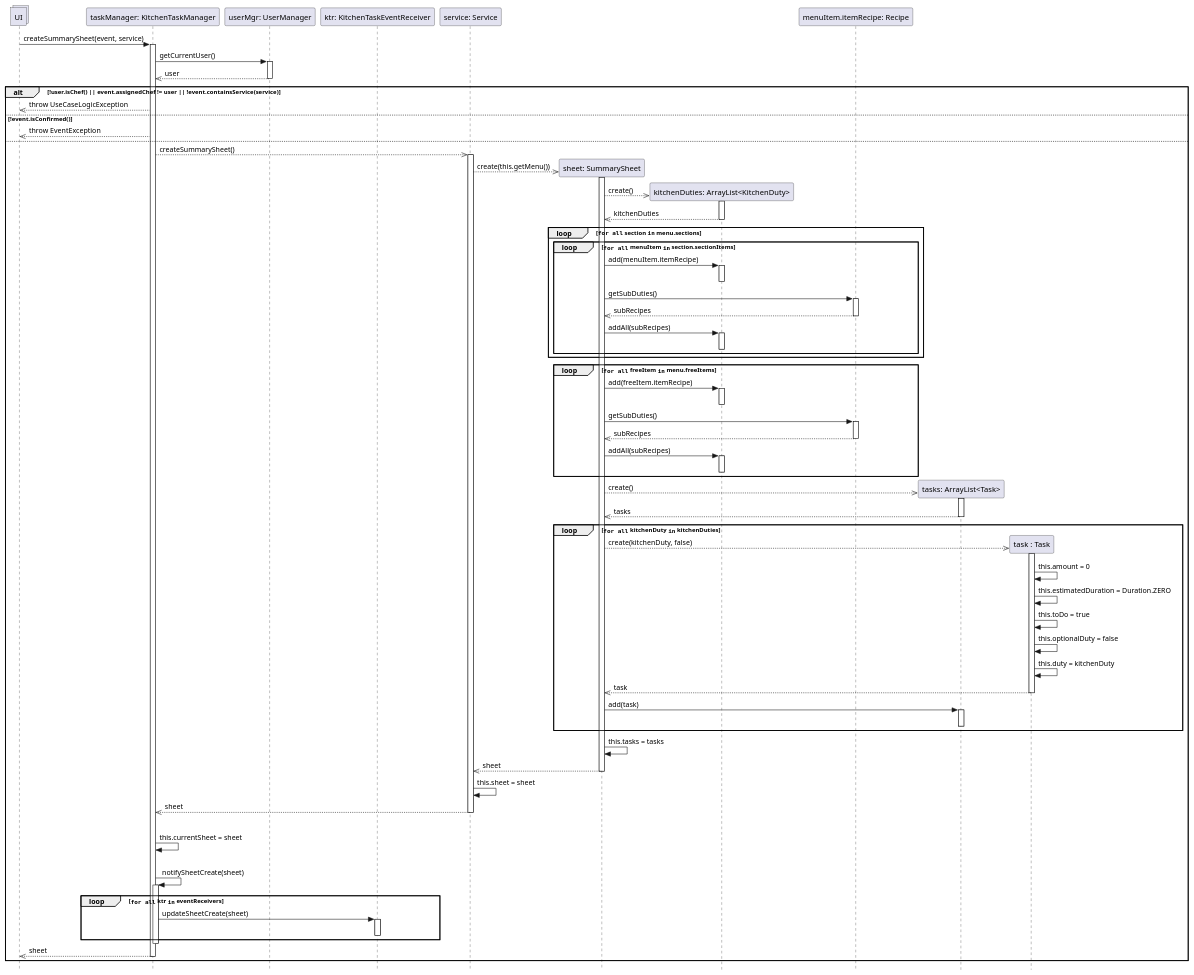
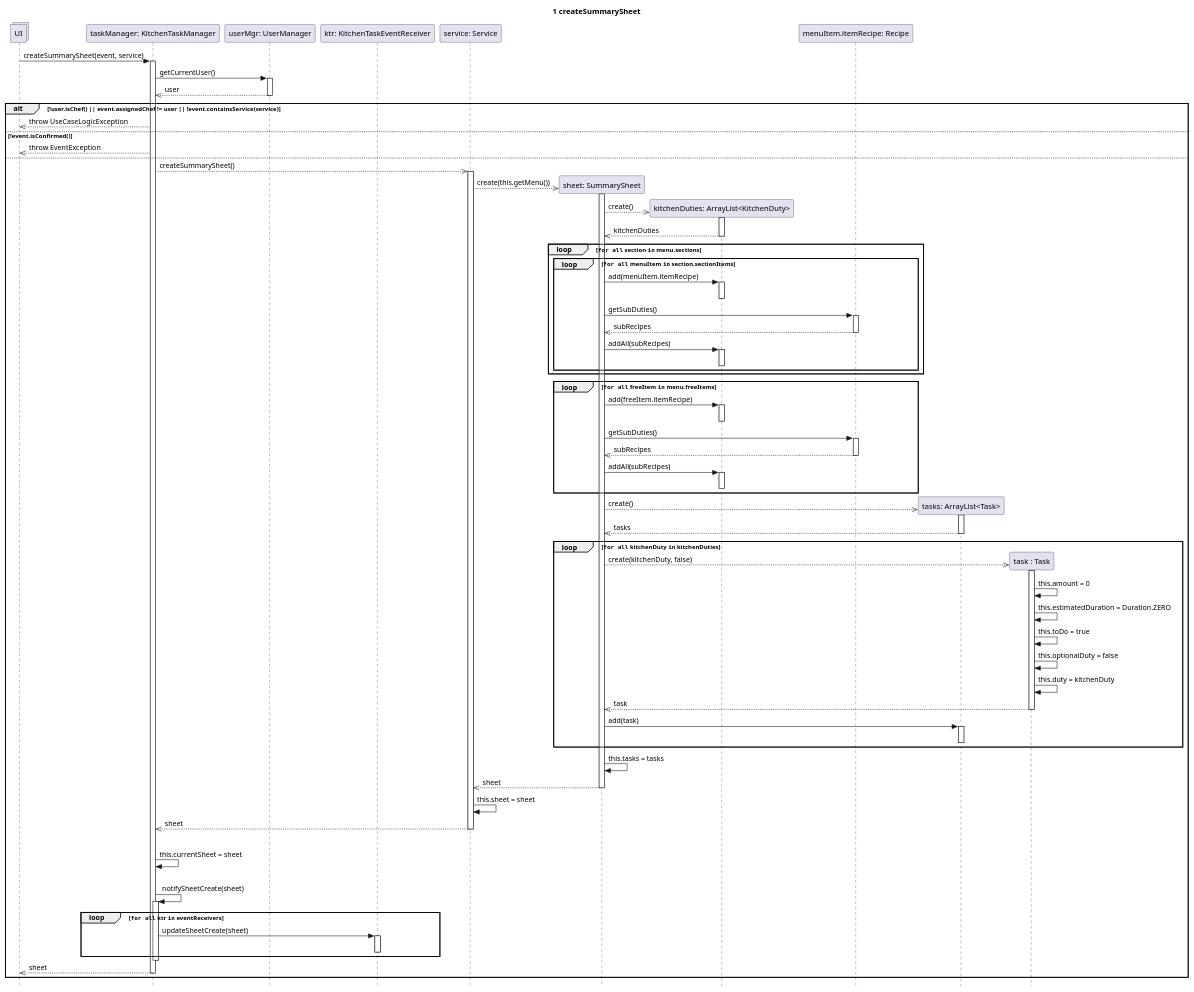
One commit to stefa168/sas-project changed the diagram in UP/Progettazione/UC Gestire Compiti Cucina/DSD/DSD Operazione 1.puml. Above: the diagram before and after it, drawn with PlantUML. The commit also changed 5 other files, not shown here.

```diff
--- a/UP/Progettazione/UC Gestire Compiti Cucina/DSD/DSD Operazione 1.puml
+++ b/UP/Progettazione/UC Gestire Compiti Cucina/DSD/DSD Operazione 1.puml
@@ -1,118 +1,120 @@
 @startuml Operazione 1
 skinparam Style strictuml
+
+title 1 createSummarySheet
 
 collections UI
 
 participant "taskManager: KitchenTaskManager" as tm
 UI -> tm: createSummarySheet(event, service)
 activate tm
 
 participant "userMgr: UserManager" as um
 participant "ktr: KitchenTaskEventReceiver" as ktr
 participant "service: Service" as service
 tm -> um: getCurrentUser()
 activate um
 tm <<-- um: user
 deactivate um
 
 alt !user.isChef() || event.assignedChef != user || !event.containsService(service)
     UI <<-- tm: throw UseCaseLogicException
 else !event.isConfirmed()
     UI <<-- tm: throw EventException
 else
     participant "sheet: SummarySheet" as ss
     tm -->> service: createSummarySheet()
     activate service
 
         service -->>ss**: create(this.getMenu())
         activate ss
 
             participant "kitchenDuties: ArrayList<KitchenDuty>" as kdList
             ss -->> kdList**: create()
             activate kdList
                 return kitchenDuties
             deactivate kdList
     
             loop ""for all"" section ""in"" menu.sections
                 loop ""for all"" menuItem ""in"" section.sectionItems
                     ss -> kdList: add(menuItem.itemRecipe)
                     activate kdList
                     deactivate kdList
             
                     participant "menuItem.itemRecipe: Recipe" as recipe
                     ss -> recipe: getSubDuties()
                     activate recipe
                         ss <<-- recipe: subRecipes
                     deactivate recipe
 
                     ss -> kdList: addAll(subRecipes)
                     activate kdList
                     deactivate kdList
 
                 end
             end
 
             loop ""for all"" freeItem ""in"" menu.freeItems
                 ss -> kdList: add(freeItem.itemRecipe)
                 activate kdList
                 deactivate kdList
 
                 participant "freeItem.itemRecipe: Recipe" as recipe
                 ss -> recipe: getSubDuties()
                 activate recipe
                     ss <<-- recipe: subRecipes
                 deactivate recipe
 
                 ss -> kdList: addAll(subRecipes)
                 activate kdList
                 deactivate kdList
             end
 
             participant "tasks: ArrayList<Task>" as tasks
             ss -->> tasks**: create()
             activate tasks
                 ss <<-- tasks: tasks
             deactivate tasks
 
             loop ""for all"" kitchenDuty ""in"" kitchenDuties
                 participant "task : Task" as t
                 ss -->> t **: create(kitchenDuty, false)
                 activate t
                     t -> t: this.amount = 0
                     t -> t: this.estimatedDuration = Duration.ZERO
                     t -> t: this.toDo = true
                     t -> t: this.optionalDuty = false
                     t -> t: this.duty = kitchenDuty
                 return task
                 deactivate t
                 ss ->tasks: add(task)
                 activate tasks
                 deactivate tasks
             end
 
             ss -> ss: this.tasks = tasks
             service <<-- ss: sheet
         deactivate ss
         service->service:this.sheet = sheet
         tm <<-- service: sheet
     deactivate service
 
     |||
     tm -> tm: this.currentSheet = sheet
     |||
     tm -> tm: notifySheetCreate(sheet)
     activate tm
     loop ""for all"" ktr ""in"" eventReceivers
         tm -> ktr : updateSheetCreate(sheet)
         activate ktr
         deactivate ktr
     end
     deactivate tm
 
 
     UI <<-- tm: sheet
     deactivate tm
     
 end
 
 @enduml
```
